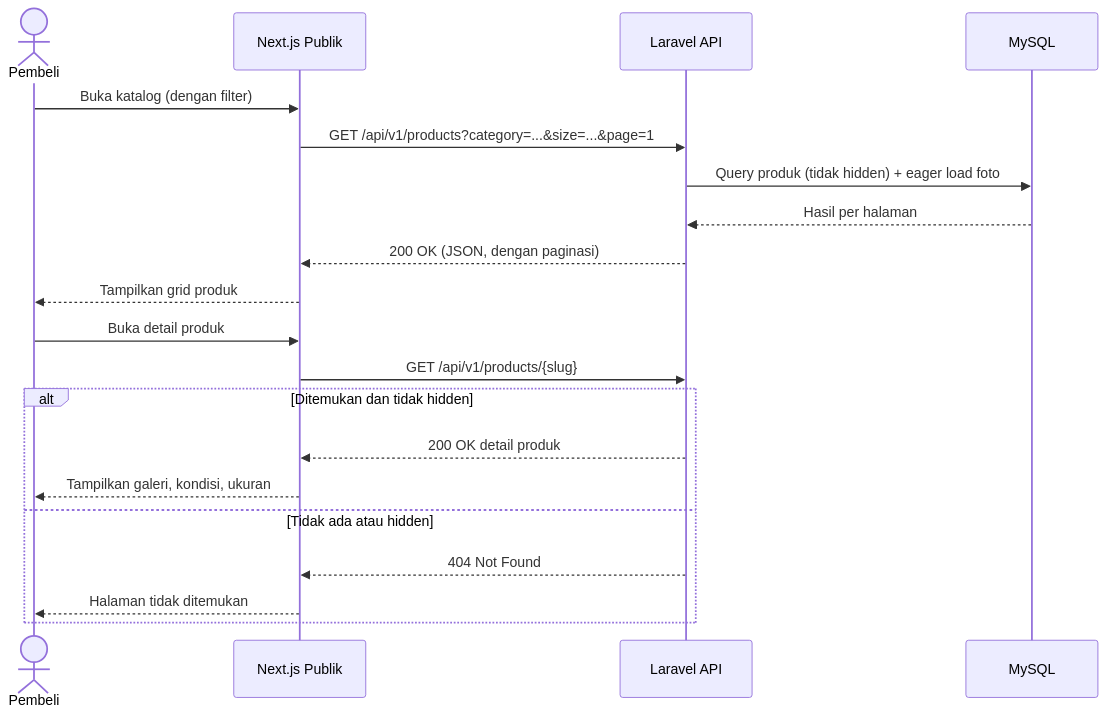
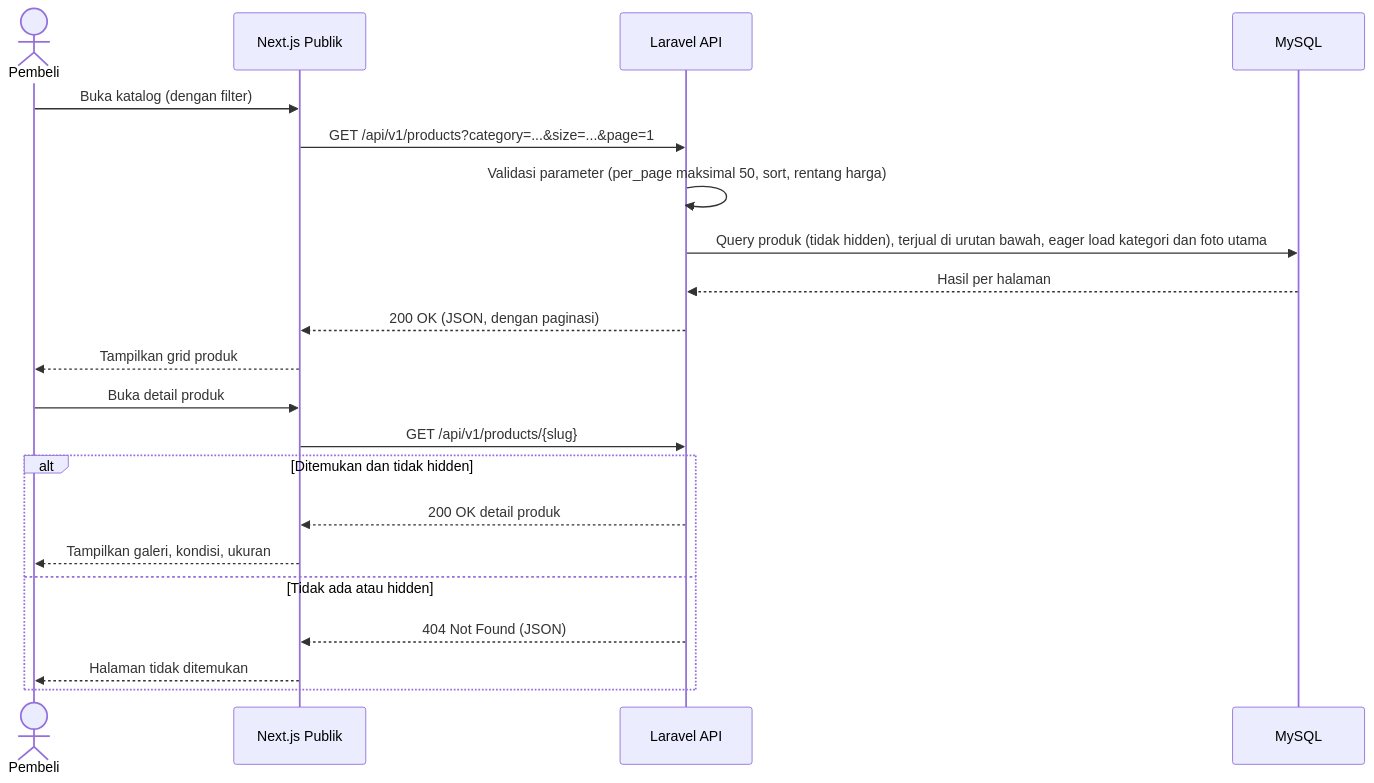
One commit to hilptra/pakelagi-api changed the ninth of 9 diagrams in docs/userflow.md. Above: the diagram before and after it, drawn with Mermaid. The commit also changed other lines of this file and 2 other files, not shown here.

````diff
--- a/docs/userflow.md
+++ b/docs/userflow.md
@@ -179,24 +238,25 @@
 ```mermaid
 sequenceDiagram
     actor Pembeli
     participant Web as Next.js Publik
     participant API as Laravel API
     participant DB as MySQL
 
     Pembeli->>Web: Buka katalog (dengan filter)
     Web->>API: GET /api/v1/products?category=...&size=...&page=1
-    API->>DB: Query produk (tidak hidden) + eager load foto
+    API->>API: Validasi parameter (per_page maksimal 50, sort, rentang harga)
+    API->>DB: Query produk (tidak hidden), terjual di urutan bawah, eager load kategori dan foto utama
     DB-->>API: Hasil per halaman
     API-->>Web: 200 OK (JSON, dengan paginasi)
     Web-->>Pembeli: Tampilkan grid produk
 
     Pembeli->>Web: Buka detail produk
     Web->>API: GET /api/v1/products/{slug}
     alt Ditemukan dan tidak hidden
         API-->>Web: 200 OK detail produk
         Web-->>Pembeli: Tampilkan galeri, kondisi, ukuran
     else Tidak ada atau hidden
-        API-->>Web: 404 Not Found
+        API-->>Web: 404 Not Found (JSON)
         Web-->>Pembeli: Halaman tidak ditemukan
     end
 ```
````
